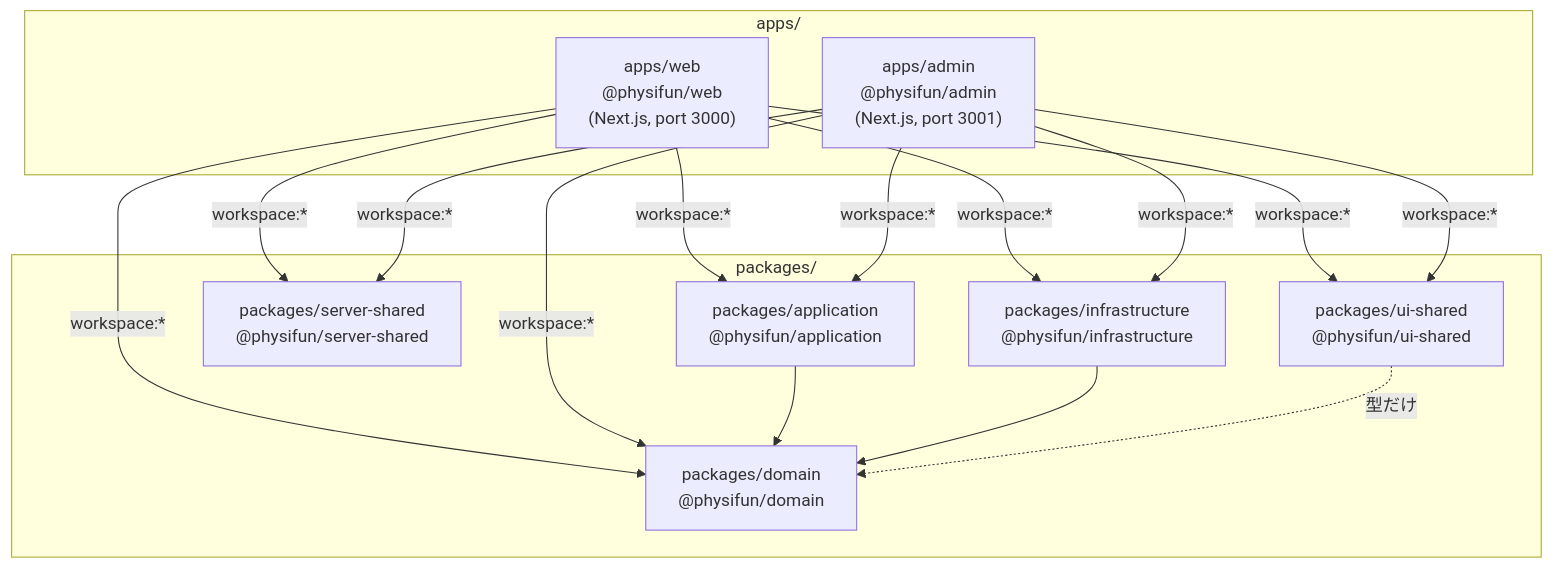
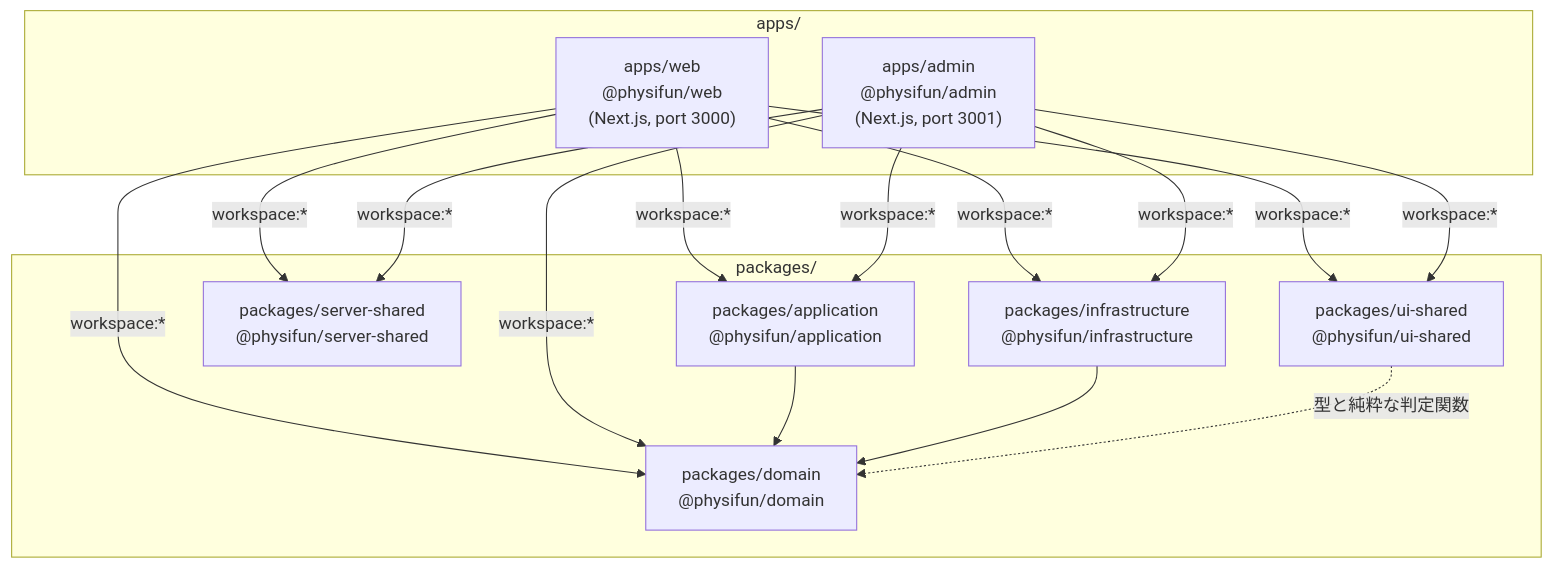
Before and after one commit to Physicalfunding/PhysiFun: the third of 8 diagrams in docs/specs/01_system-architecture.md, drawn with Mermaid. The commit also changed other lines of this file and 2 other files, not shown here.

Commit message:
fix: 品質レビュー対応（ui-shared → domain の依存を設計書に合わせて明記・import を 1 文に・admin の fullscreen の意図をコメントに）（#321）

````diff
--- a/docs/specs/01_system-architecture.md
+++ b/docs/specs/01_system-architecture.md
@@ -150,29 +150,29 @@
 ```mermaid
 flowchart TB
     subgraph Apps["apps/"]
         Web["apps/web<br/>@physifun/web<br/>(Next.js, port 3000)"]
         Admin["apps/admin<br/>@physifun/admin<br/>(Next.js, port 3001)"]
     end
 
     subgraph Packages["packages/"]
         UIShared["packages/ui-shared<br/>@physifun/ui-shared"]
         ServerShared["packages/server-shared<br/>@physifun/server-shared"]
         Application["packages/application<br/>@physifun/application"]
         Infrastructure["packages/infrastructure<br/>@physifun/infrastructure"]
         Domain["packages/domain<br/>@physifun/domain"]
     end
 
     Web -->|workspace:*| UIShared
     Web -->|workspace:*| ServerShared
     Web -->|workspace:*| Application
     Web -->|workspace:*| Infrastructure
     Web -->|workspace:*| Domain
     Admin -->|workspace:*| UIShared
     Admin -->|workspace:*| ServerShared
     Admin -->|workspace:*| Application
     Admin -->|workspace:*| Infrastructure
     Admin -->|workspace:*| Domain
     Application --> Domain
     Infrastructure --> Domain
-    UIShared -.->|型だけ| Domain
+    UIShared -.->|型と純粋な判定関数| Domain
 ```
````
